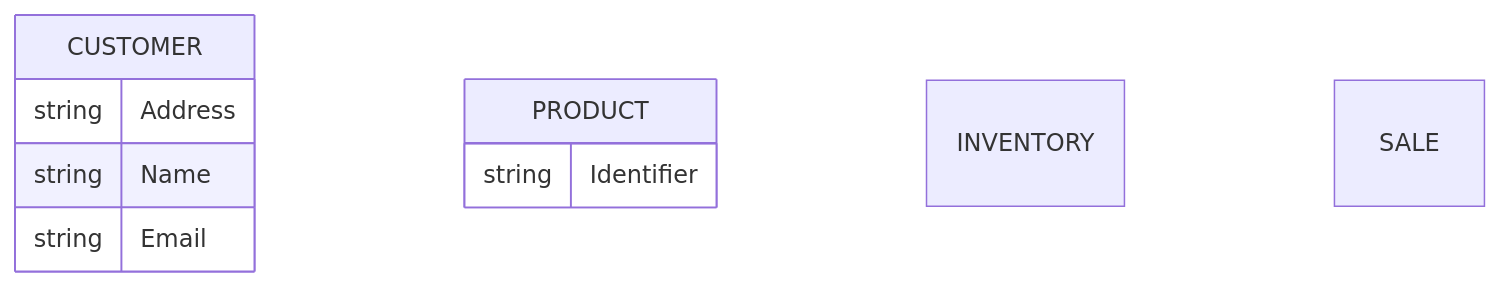
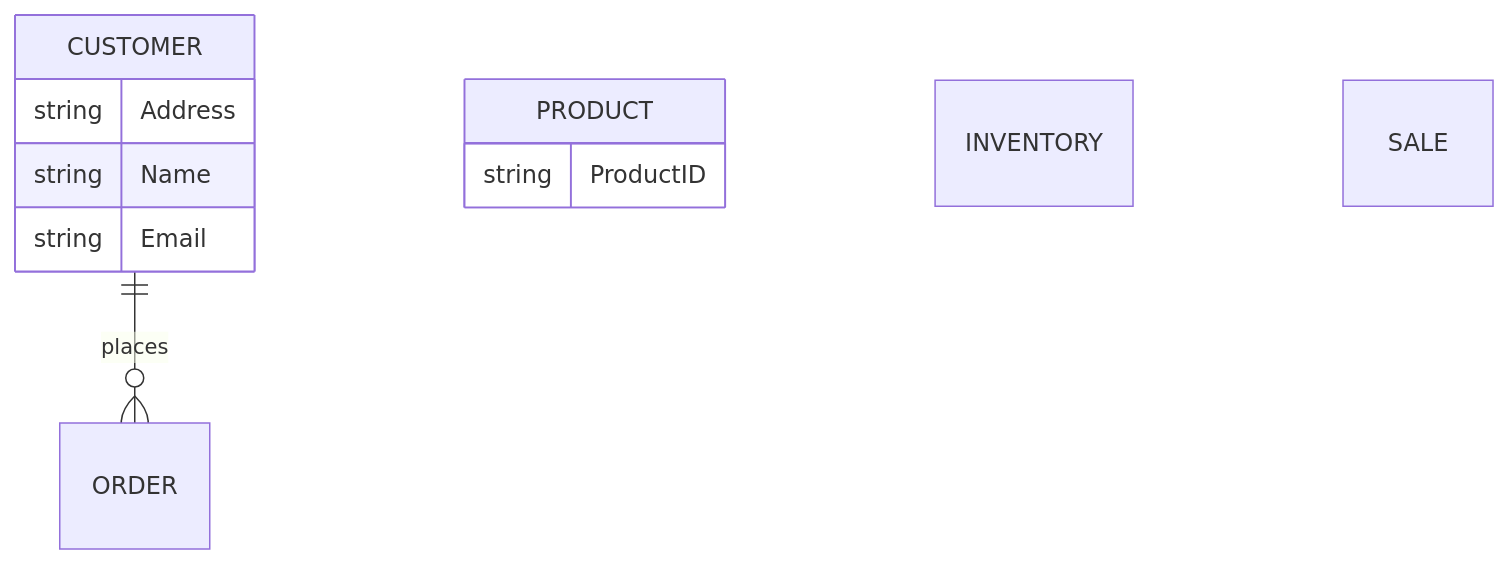
One commit to rose-wt/rose-wt.github.io changed the diagram in NikeStore_ERD.md. Above: the diagram before and after it, drawn with Mermaid.

````diff
--- a/NikeStore_ERD.md
+++ b/NikeStore_ERD.md
@@ -1,17 +1,18 @@
 ```mermaid
 erDiagram
+   CUSTOMER ||--o{ ORDER : places
     CUSTOMER {
         string Address
         string Name
         string Email
     }
     PRODUCT {
-        string Identifier
+        string ProductID
     }
     INVENTORY {
 
     }
     SALE {
 
     }
 ```
````
